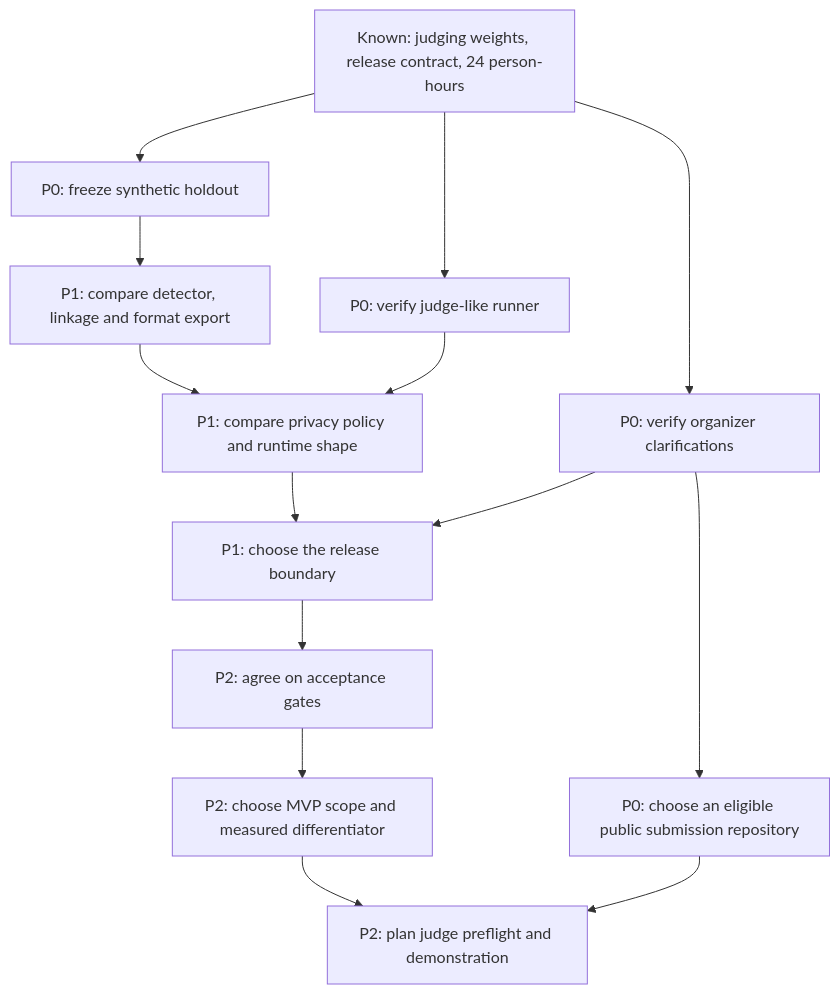
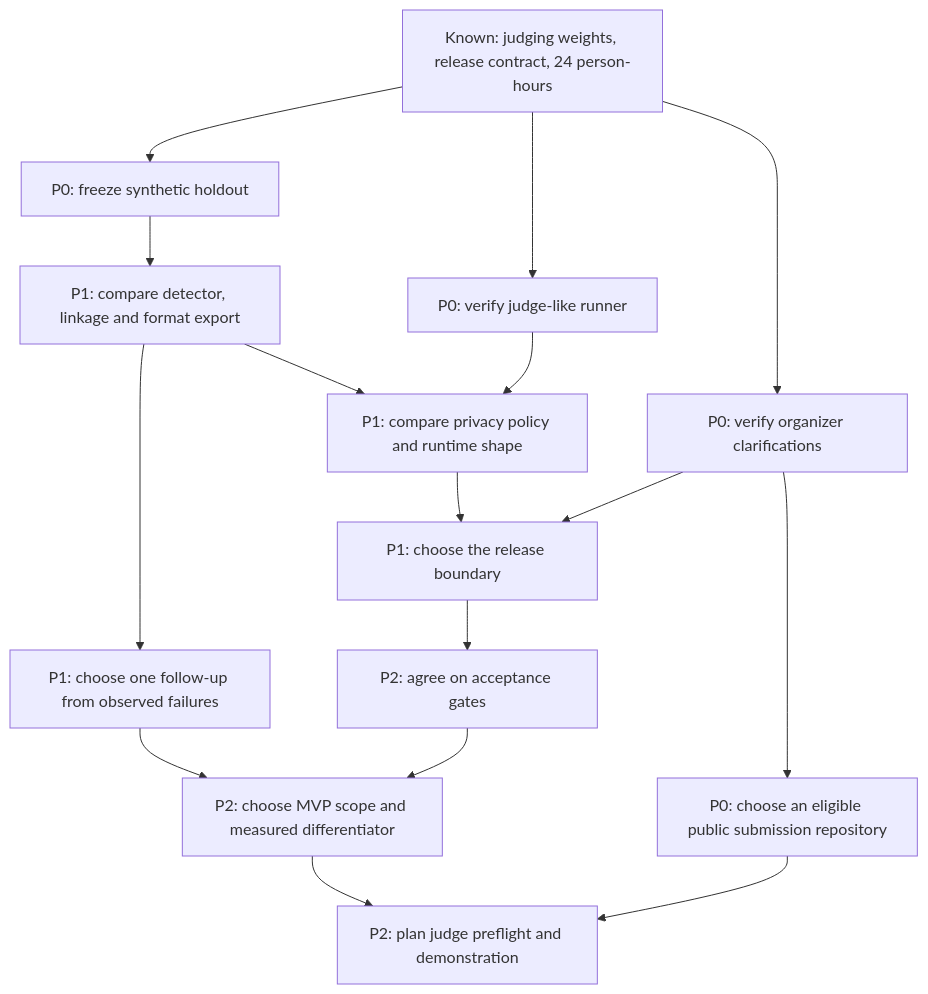
The first of 5 diagrams in docs/wayfinder.md (baymax-afk/scaler_hackthon), drawn with Mermaid before and after one commit. The commit also changed other lines of this file and 6 other files, not shown here.

````diff
--- a/docs/wayfinder.md
+++ b/docs/wayfinder.md
@@ -31,16 +37,18 @@
 ```mermaid
 flowchart TD
     A["Known: judging weights, release contract, 24 person-hours"] --> B["P0: freeze synthetic holdout"]
     A --> C["P0: verify judge-like runner"]
     A --> D["P0: verify organizer clarifications"]
     B --> E["P1: compare detector, linkage and format export"]
+    E --> N["P1: choose one follow-up from observed failures"]
     E --> F["P1: compare privacy policy and runtime shape"]
     C --> F
     D --> G["P1: choose the release boundary"]
     D --> K["P0: choose an eligible public submission repository"]
     F --> G
     G --> H["P2: agree on acceptance gates"]
     H --> I["P2: choose MVP scope and measured differentiator"]
+    N --> I
     I --> J["P2: plan judge preflight and demonstration"]
     K --> J
 ```
````
